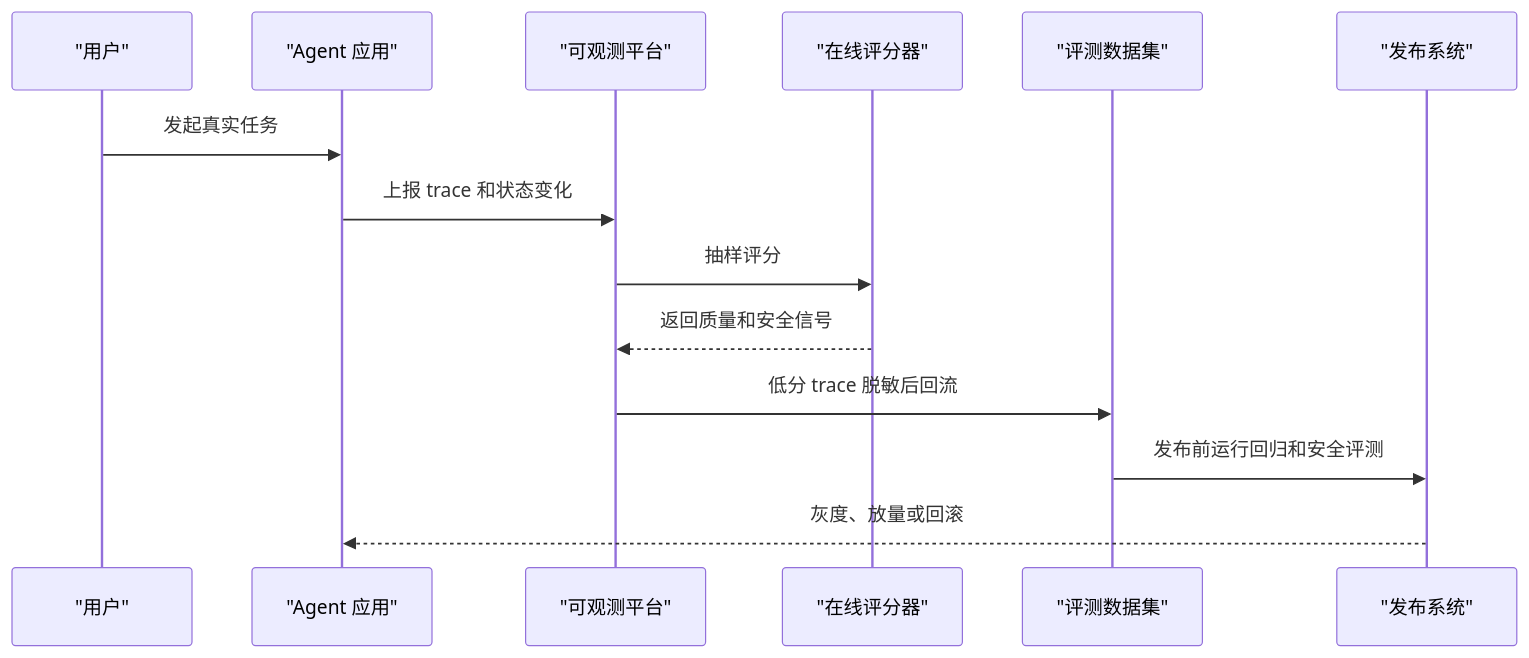
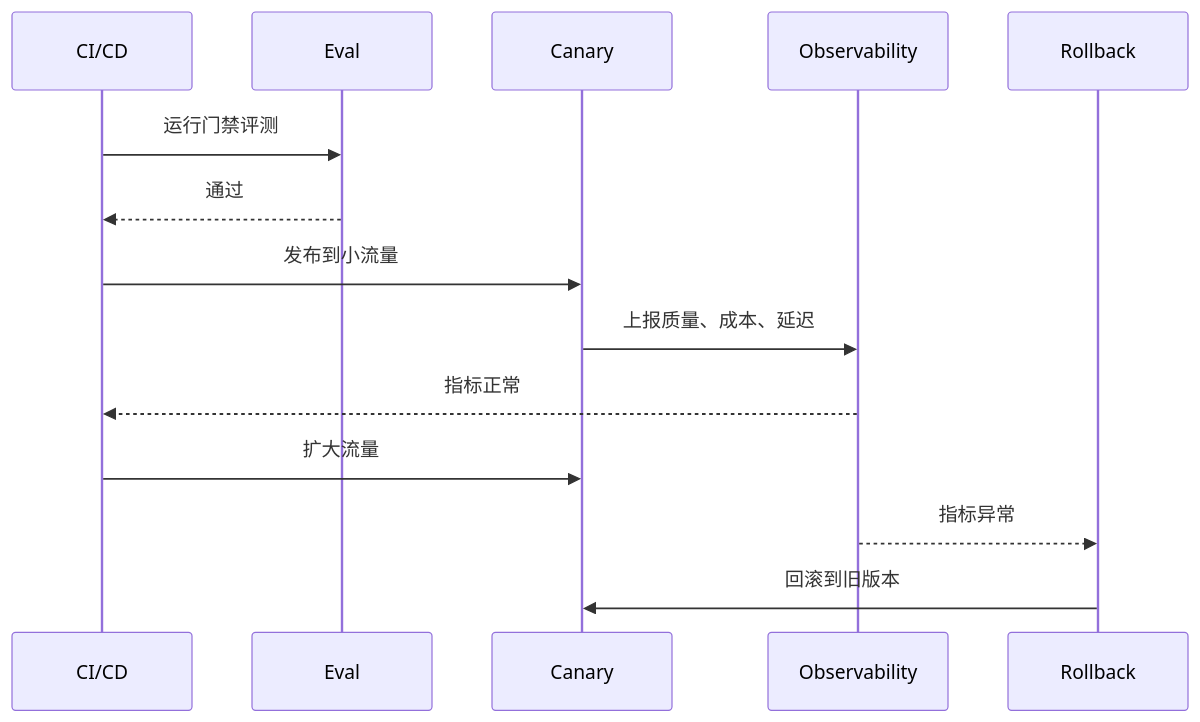
Before and after one commit to Doge2077/liyyro: the second of 2 diagrams in docs/AI/Agent/Agent评估/反馈闭环与发布门禁.md, drawn with Mermaid. The commit also changed other lines of this file and 27 other files, not shown here.

````diff
--- a/docs/AI/Agent/Agent评估/反馈闭环与发布门禁.md
+++ b/docs/AI/Agent/Agent评估/反馈闭环与发布门禁.md
@@ -11,17 +81,17 @@
 ```mermaid
 sequenceDiagram
-  participant U as "用户"
-  participant A as "Agent 应用"
-  participant O as "可观测平台"
-  participant E as "在线评分器"
-  participant D as "评测数据集"
-  participant R as "发布系统"
+  participant CI as CI/CD
+  participant E as Eval
+  participant C as Canary
+  participant O as Observability
+  participant R as Rollback
 
-  U->>A: 发起真实任务
-  A->>O: 上报 trace 和状态变化
-  O->>E: 抽样评分
-  E-->>O: 返回质量和安全信号
-  O->>D: 低分 trace 脱敏后回流
-  D->>R: 发布前运行回归和安全评测
-  R-->>A: 灰度、放量或回滚
+  CI->>E: 运行门禁评测
+  E-->>CI: 通过
+  CI->>C: 发布到小流量
+  C->>O: 上报质量、成本、延迟
+  O-->>CI: 指标正常
+  CI->>C: 扩大流量
+  O-->>R: 指标异常
+  R->>C: 回滚到旧版本
 ```
````
